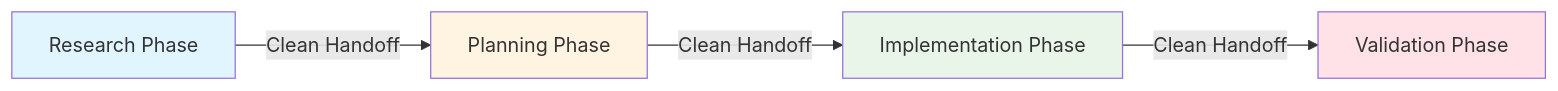
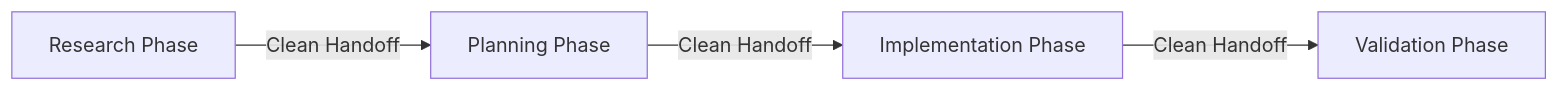
The second of 4 diagrams in README.md (malhashemi/opencode-sessions), drawn with Mermaid before and after one commit. The commit also changed other lines of this file and 92 other files, not shown here.

````diff
--- a/README.md
+++ b/README.md
@@ -65,11 +66,6 @@
 ```mermaid
 graph LR
     A[Research Phase] -->|Clean Handoff| B[Planning Phase]
     B -->|Clean Handoff| C[Implementation Phase]
     C -->|Clean Handoff| D[Validation Phase]
-    
-    style A fill:#e1f5ff
-    style B fill:#fff4e1
-    style C fill:#e8f5e8
-    style D fill:#ffe1e8
 ```
````
